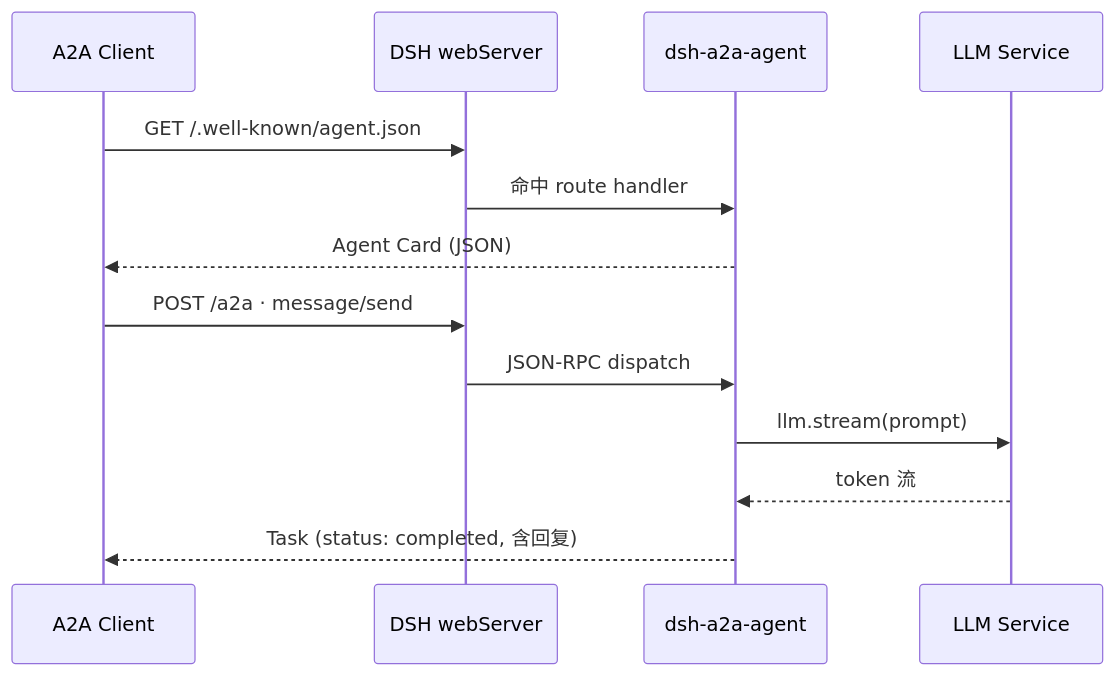
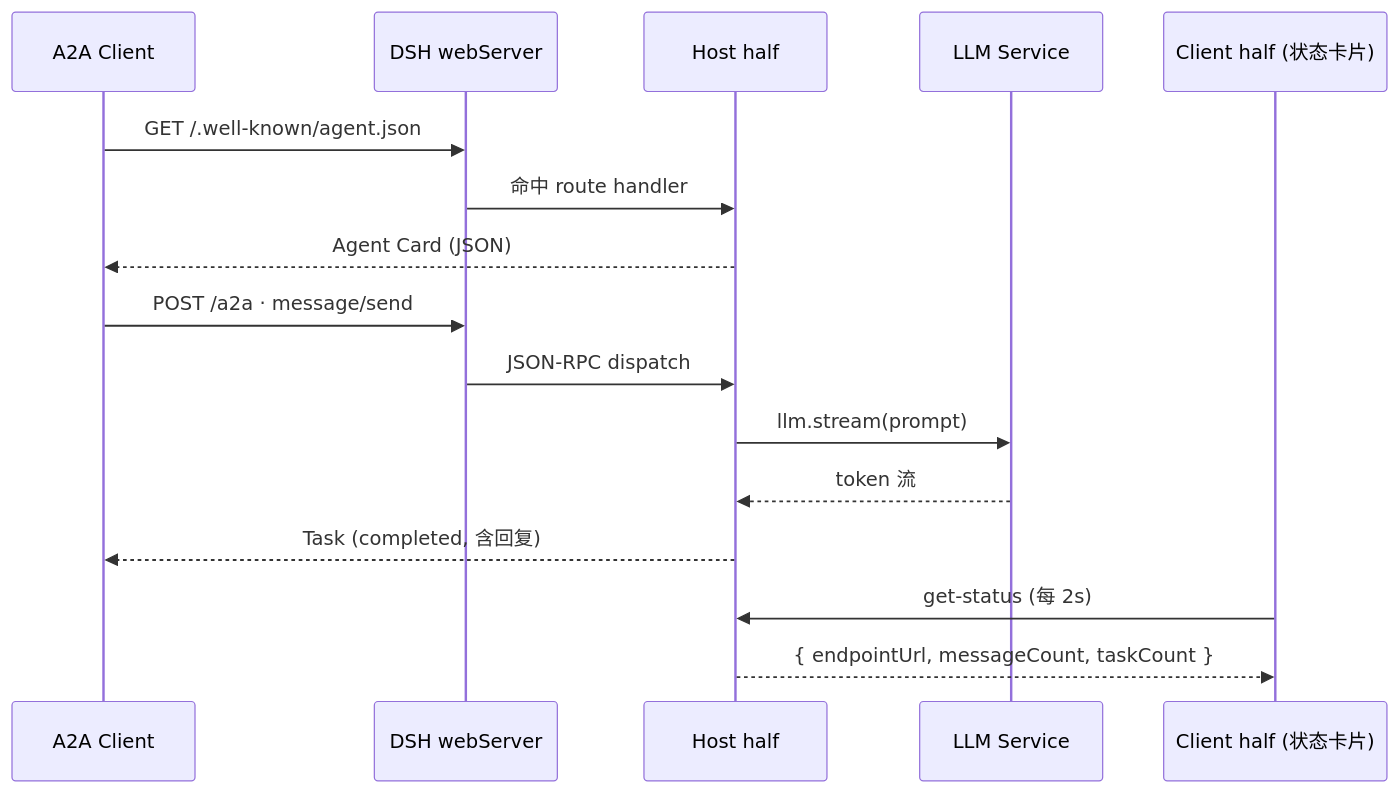
Before and after one commit to fangweixuan26-hash/dsh-a2a-agent: the diagram in README.md, drawn with Mermaid. The commit also changed other lines of this file and 6 other files, not shown here.

Commit message:
feat: add client status card; restructure as dynamic plugin source

````diff
--- a/README.md
+++ b/README.md
@@ -51,17 +52,21 @@
 ```mermaid
 sequenceDiagram
     participant C as A2A Client
     participant W as DSH webServer
-    participant P as dsh-a2a-agent
+    participant H as Host half
     participant L as LLM Service
+    participant U as Client half (状态卡片)
 
     C->>W: GET /.well-known/agent.json
-    W->>P: 命中 route handler
-    P-->>C: Agent Card (JSON)
+    W->>H: 命中 route handler
+    H-->>C: Agent Card (JSON)
 
     C->>W: POST /a2a · message/send
-    W->>P: JSON-RPC dispatch
-    P->>L: llm.stream(prompt)
-    L-->>P: token 流
-    P-->>C: Task (status: completed, 含回复)
+    W->>H: JSON-RPC dispatch
+    H->>L: llm.stream(prompt)
+    L-->>H: token 流
+    H-->>C: Task (completed, 含回复)
+
+    U->>H: get-status (每 2s)
+    H-->>U: { endpointUrl, messageCount, taskCount }
 ```
````
